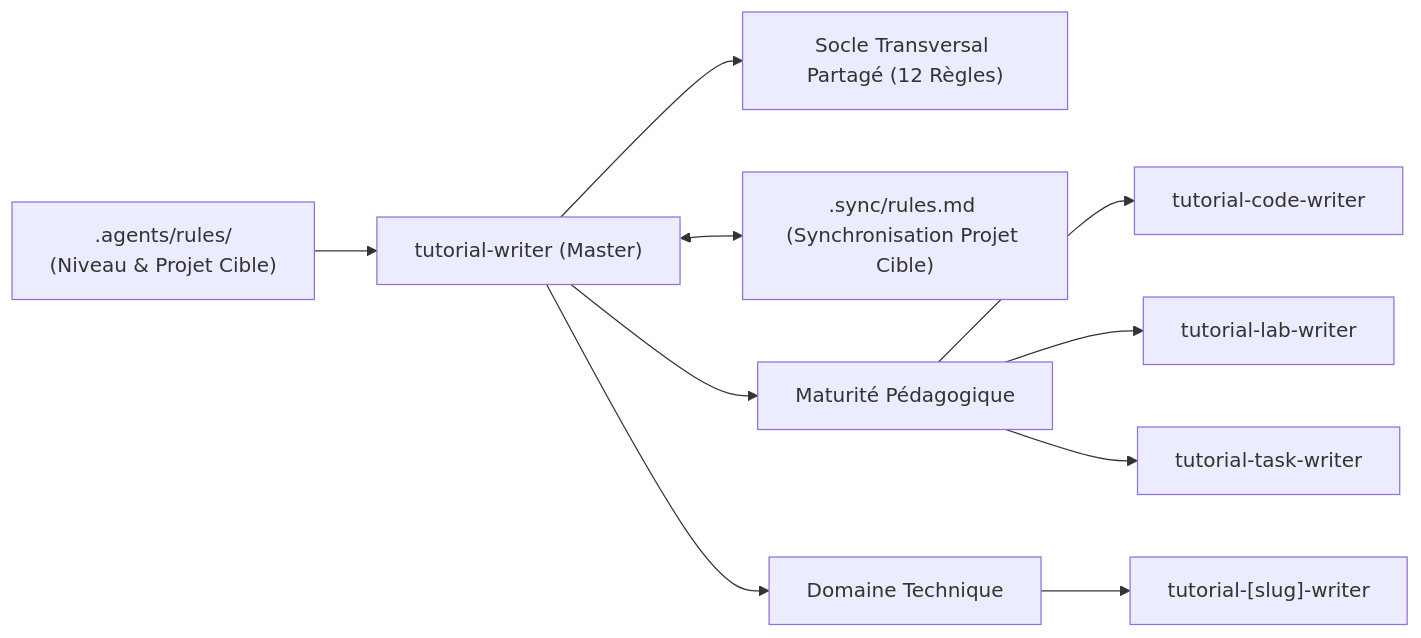
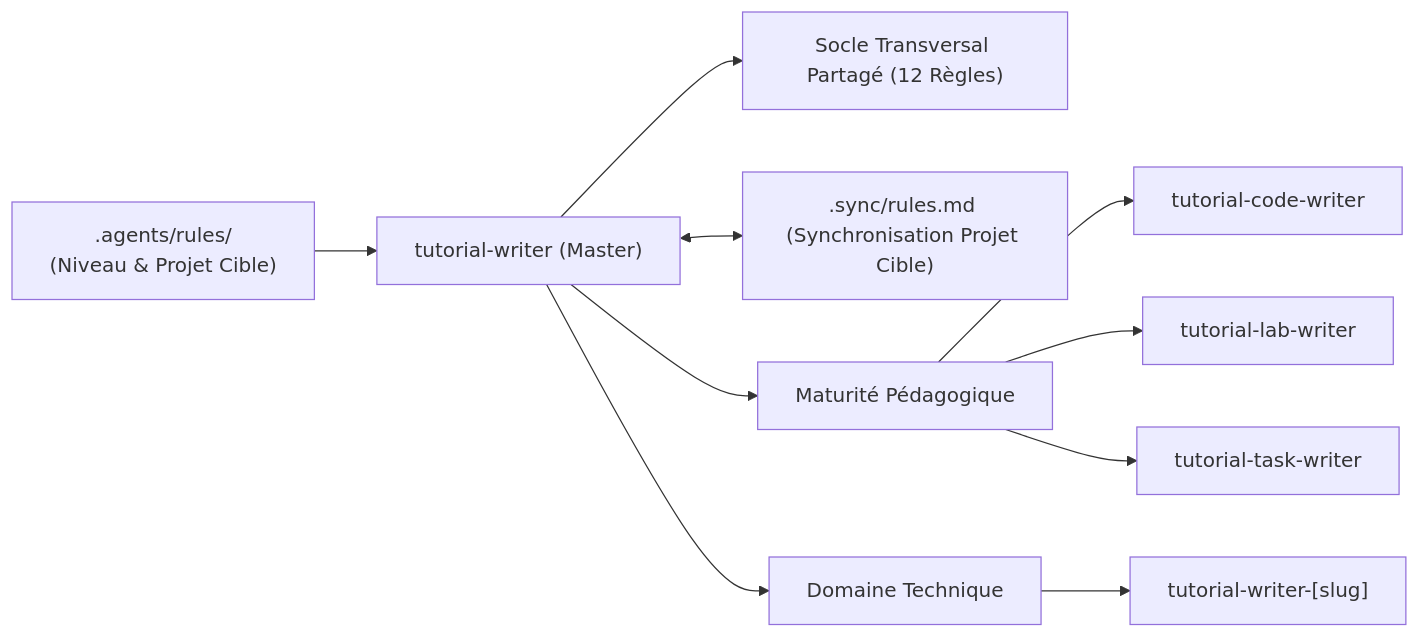
Before and after one commit to solicode-web-mobile/autoformations-professionaliser: the diagram in .agents/skills/tutorial-writer/SKILL.md, drawn with Mermaid. The commit also changed other lines of this file and 40 other files, not shown here.

````diff
--- a/.agents/skills/tutorial-writer/SKILL.md
+++ b/.agents/skills/tutorial-writer/SKILL.md
@@ -14,12 +10,12 @@
 ```mermaid
 flowchart LR
     Rules[".agents/rules/<br/>(Niveau & Projet Cible)"] --> Master["tutorial-writer (Master)"]
     Master --> RulesShared["Socle Transversal Partagé (12 Règles)"]
     Master <--> Sync[".sync/rules.md (Synchronisation Projet Cible)"]
     Master --> Format["Maturité Pédagogique"]
     Format --> Code["tutorial-code-writer"]
     Format --> Lab["tutorial-lab-writer"]
     Format --> Task["tutorial-task-writer"]
     Master --> Domain["Domaine Technique"]
-    Domain --> TDomain["tutorial-[slug]-writer"]
+    Domain --> TDomain["tutorial-writer-[slug]"]
 ```
````
